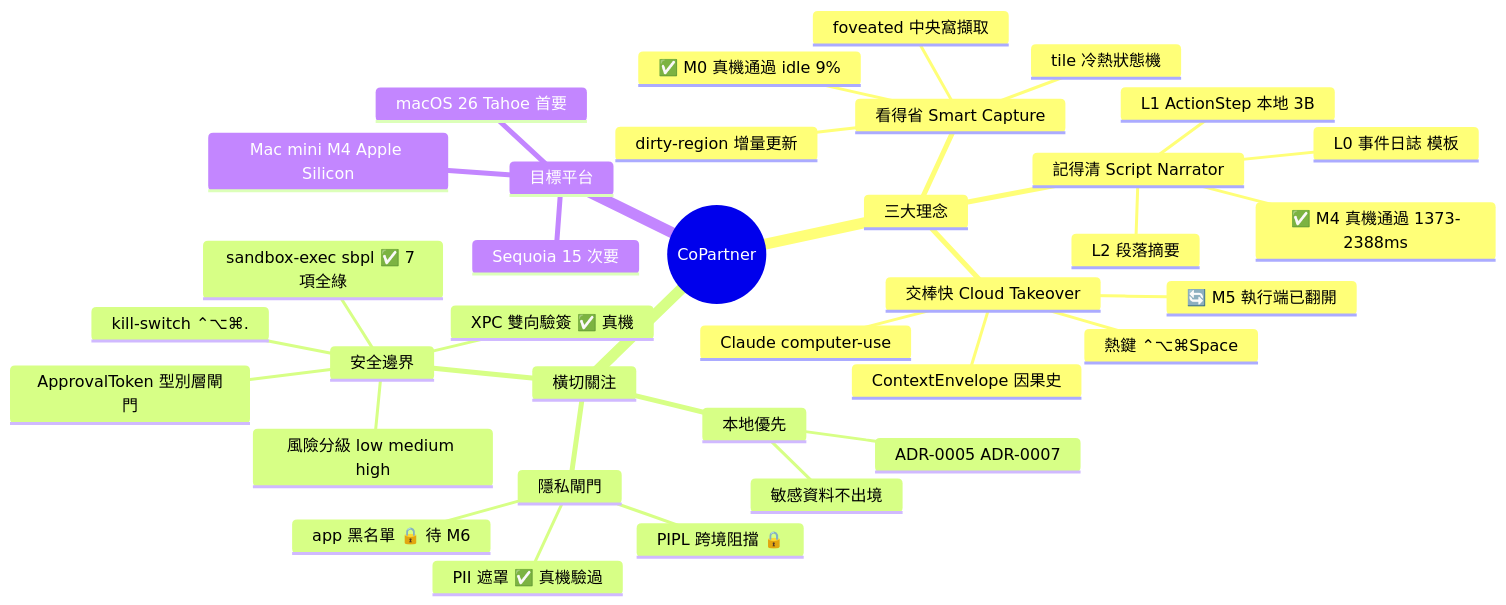
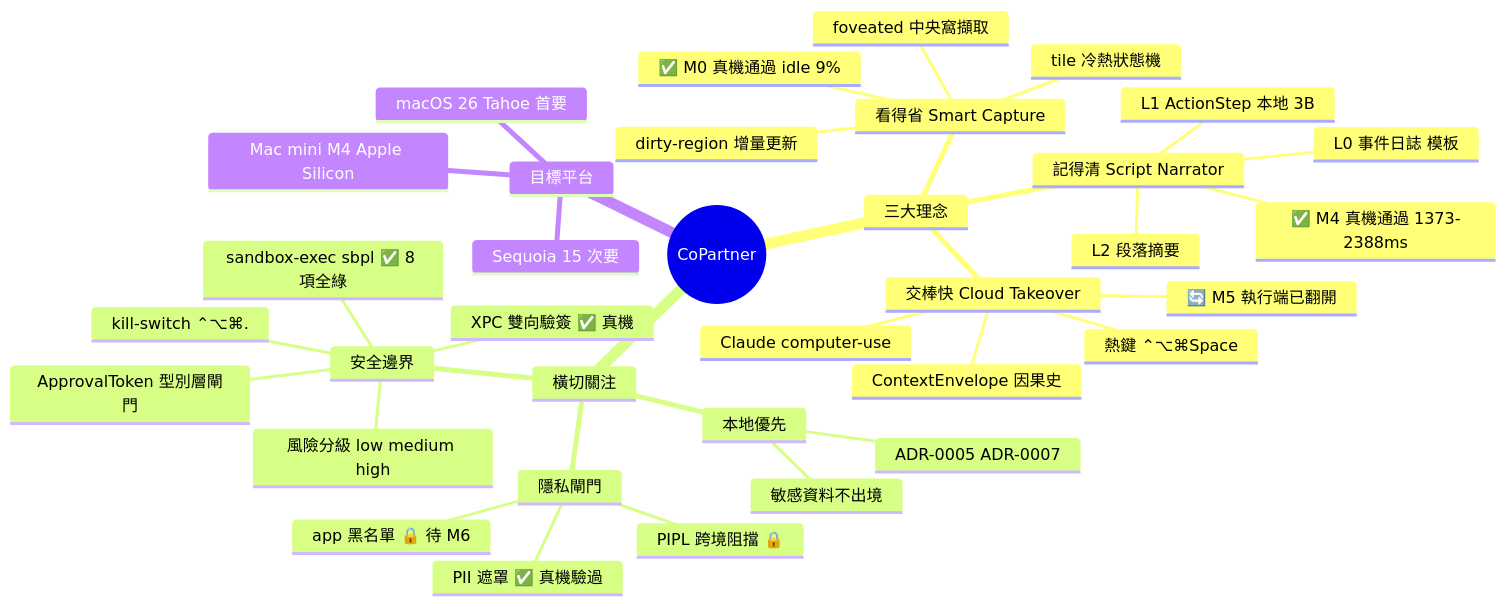
One commit to pcpcchen-coder/CoPartner changed the first of 10 diagrams in docs/project-mindmap.md. Above: the diagram before and after it, drawn with Mermaid. The commit also changed other lines of this file and 10 other files, not shown here.

First line of the commit message:
docs: 進度對帳第二輪 —— 修正 62/66 算術與 sandbox 項數，同步三個衍生視圖

````diff
--- a/docs/project-mindmap.md
+++ b/docs/project-mindmap.md
@@ -41,38 +41,38 @@
 ```mermaid
 mindmap
   root((CoPartner))
     三大理念
       看得省 Smart Capture
         foveated 中央窩擷取
         dirty-region 增量更新
         tile 冷熱狀態機
         ✅ M0 真機通過 idle 9%
       記得清 Script Narrator
         L0 事件日誌 模板
         L1 ActionStep 本地 3B
         L2 段落摘要
         ✅ M4 真機通過 1373-2388ms
       交棒快 Cloud Takeover
         熱鍵 ⌃⌥⌘Space
         ContextEnvelope 因果史
         Claude computer-use
         🔄 M5 執行端已翻開
     橫切關注
       隱私閘門
         PII 遮罩 ✅ 真機驗過
         app 黑名單 🔒 待 M6
         PIPL 跨境阻擋 🔒
       安全邊界
         ApprovalToken 型別層閘門
         風險分級 low medium high
-        sandbox-exec sbpl ✅ 7 項全綠
+        sandbox-exec sbpl ✅ 8 項全綠
         XPC 雙向驗簽 ✅ 真機
         kill-switch ⌃⌥⌘.
       本地優先
         敏感資料不出境
         ADR-0005 ADR-0007
     目標平台
       Mac mini M4 Apple Silicon
       macOS 26 Tahoe 首要
       Sequoia 15 次要
 ```
````
